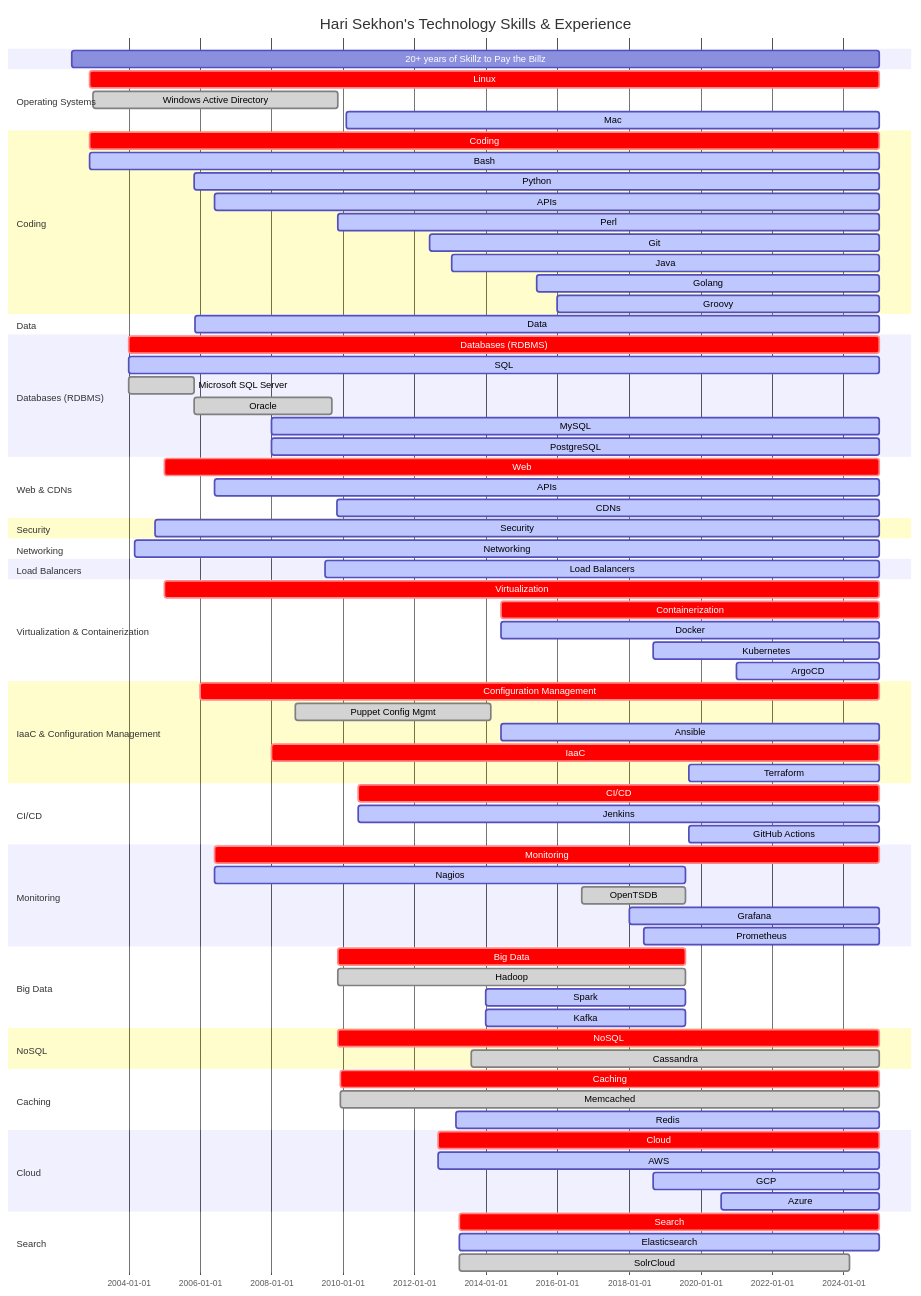
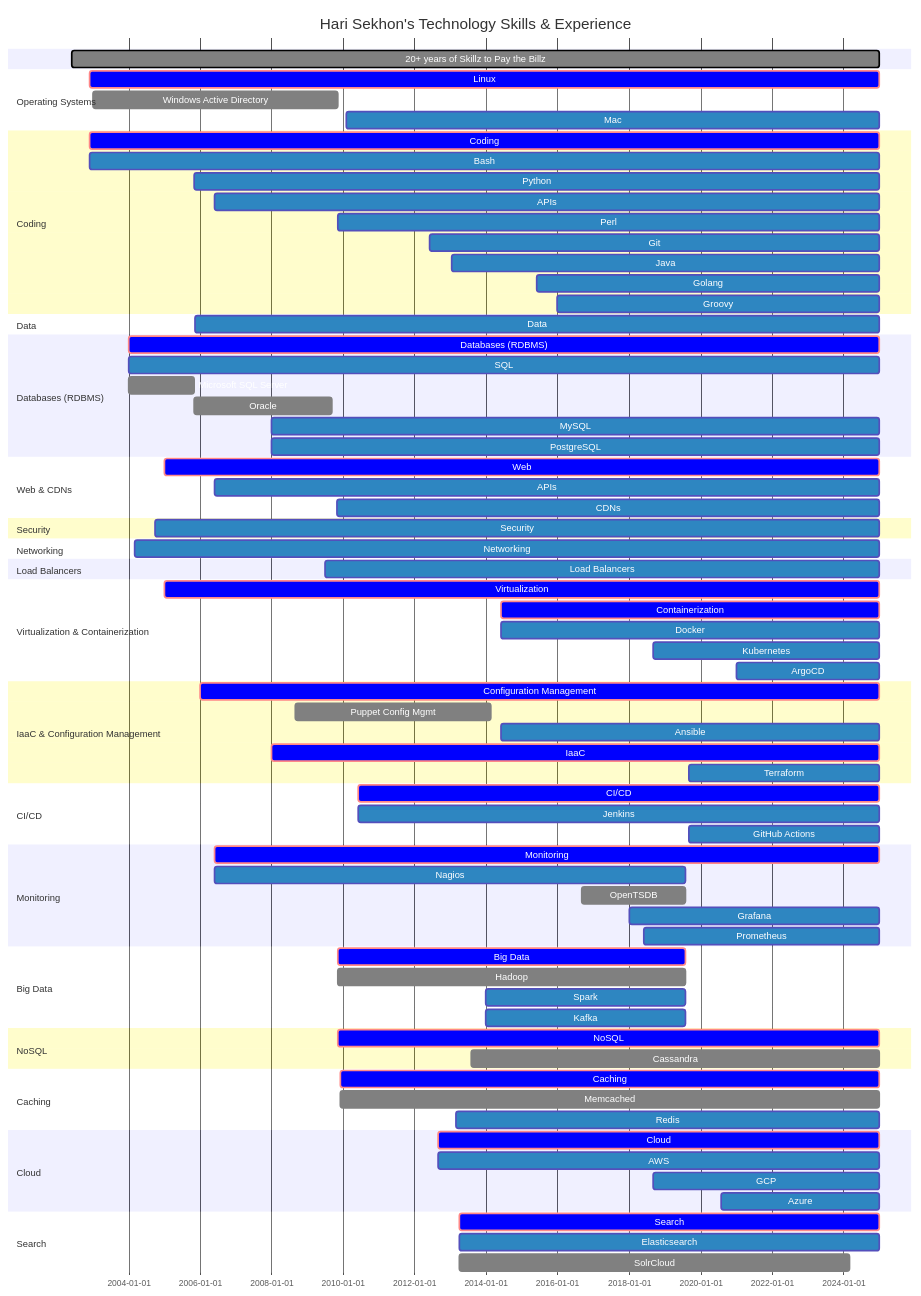
Before and after one commit to HariSekhon/HariSekhon: the diagram in README.md, drawn with Mermaid.

```diff
--- a/README.md
+++ b/README.md
@@ -282,13 +282,13 @@
         'theme': 'default',
         'themeVariables': {
           'activeTaskBkgColor': '#2e86c1',
-          'critBkgColor': 'blue'
+          'critBkgColor': 'blue',
           'doneTaskBkgColor': 'grey',
           'taskBkgColor': 'grey',
           'taskBorderColor': 'black',
           'taskTextColor': 'white',
           'taskTextDarkColor': 'white',
-          'taskTextLightColor': 'black',
+          'taskTextLightColor': 'black'
         }
     }
 }%%
```
